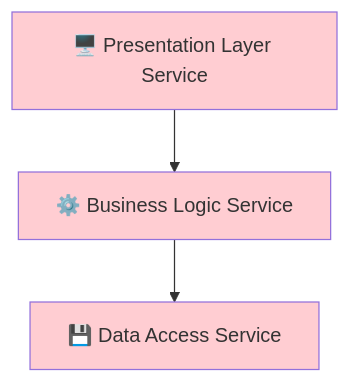
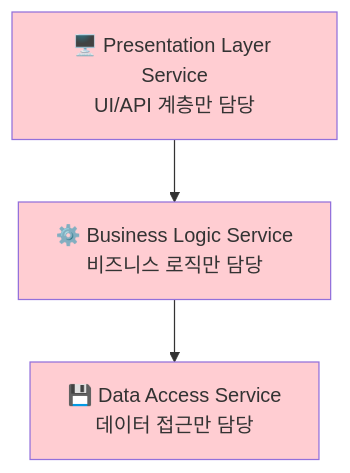
One commit to niceguy61/kdt_devops_lecture_2025 changed the ninth of 15 diagrams in theory/week_04/day1/session_2.md. Above: the diagram before and after it, drawn with Mermaid. The commit also changed other lines of this file, not shown here.

````diff
--- a/theory/week_04/day1/session_2.md
+++ b/theory/week_04/day1/session_2.md
@@ -317,12 +438,12 @@
 ```mermaid
 graph TB
-    A[🖥️ Presentation Layer Service]
-    B[⚙️ Business Logic Service]
-    C[💾 Data Access Service]
+    A[🖥️ Presentation Layer Service<br/>UI/API 계층만 담당]
+    B[⚙️ Business Logic Service<br/>비즈니스 로직만 담당]
+    C[💾 Data Access Service<br/>데이터 접근만 담당]
     
     A --> B --> C
     
     style A fill:#ffcdd2
     style B fill:#ffcdd2
     style C fill:#ffcdd2
 ```
````
